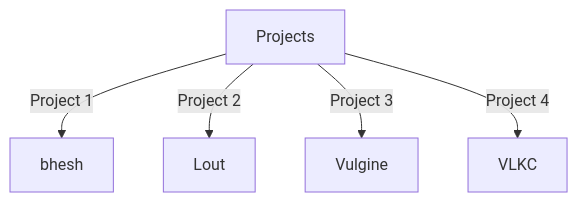
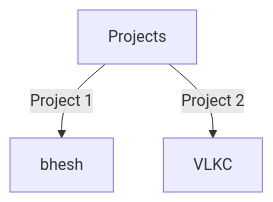
Before and after one commit to bhenzyldave/bhenzyldave: the diagram in README.md, drawn with Mermaid. The commit also changed other lines of this file, not shown here.

Commit message:
Revise project diagram and add ASM badge
Updated project connections in the diagram and added Assembly language badge.

````diff
--- a/README.md
+++ b/README.md
@@ -9,7 +9,5 @@
 ```mermaid
 graph TD;
     A[Projects] -->|Project 1| B[bhesh];
-    A[Projects] -->|Project 2| C[Lout];
-    A[Projects] -->|Project 3| D[Vulgine];
-    A[Projects] -->|Project 4| E[VLKC];
+    A[Projects] -->|Project 2| E[VLKC];
 ```
````
